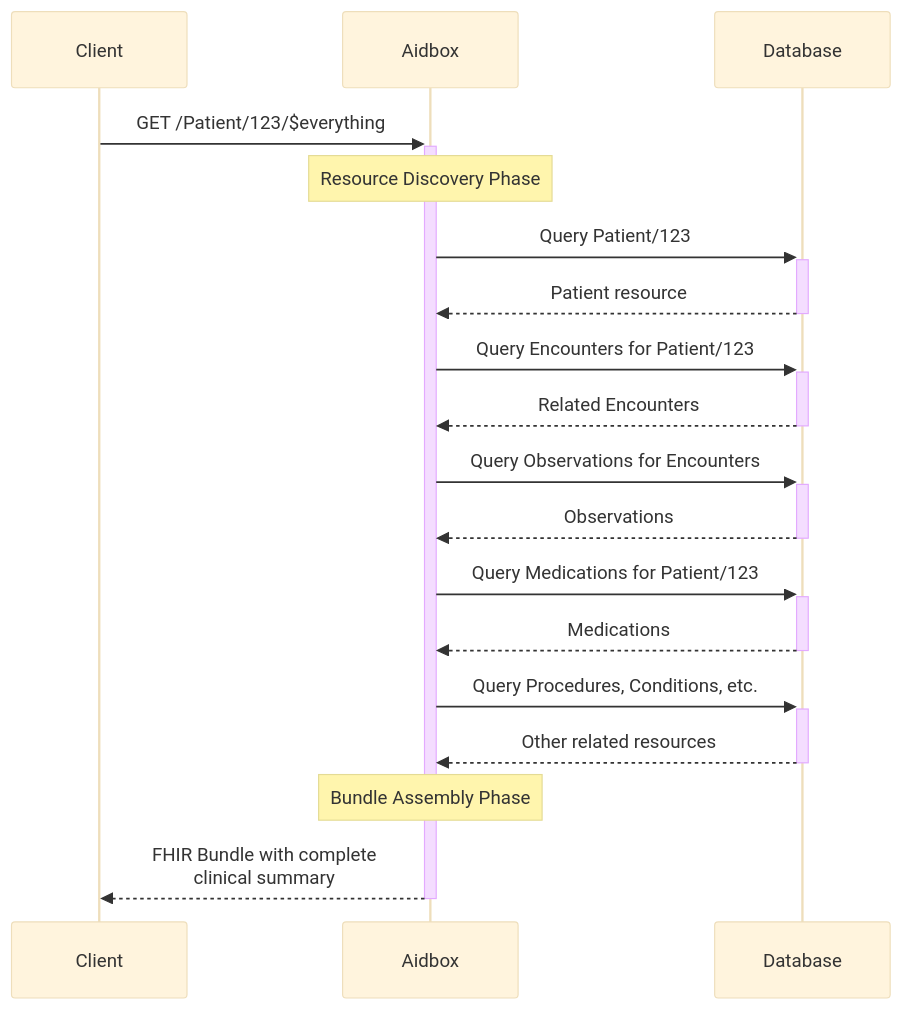
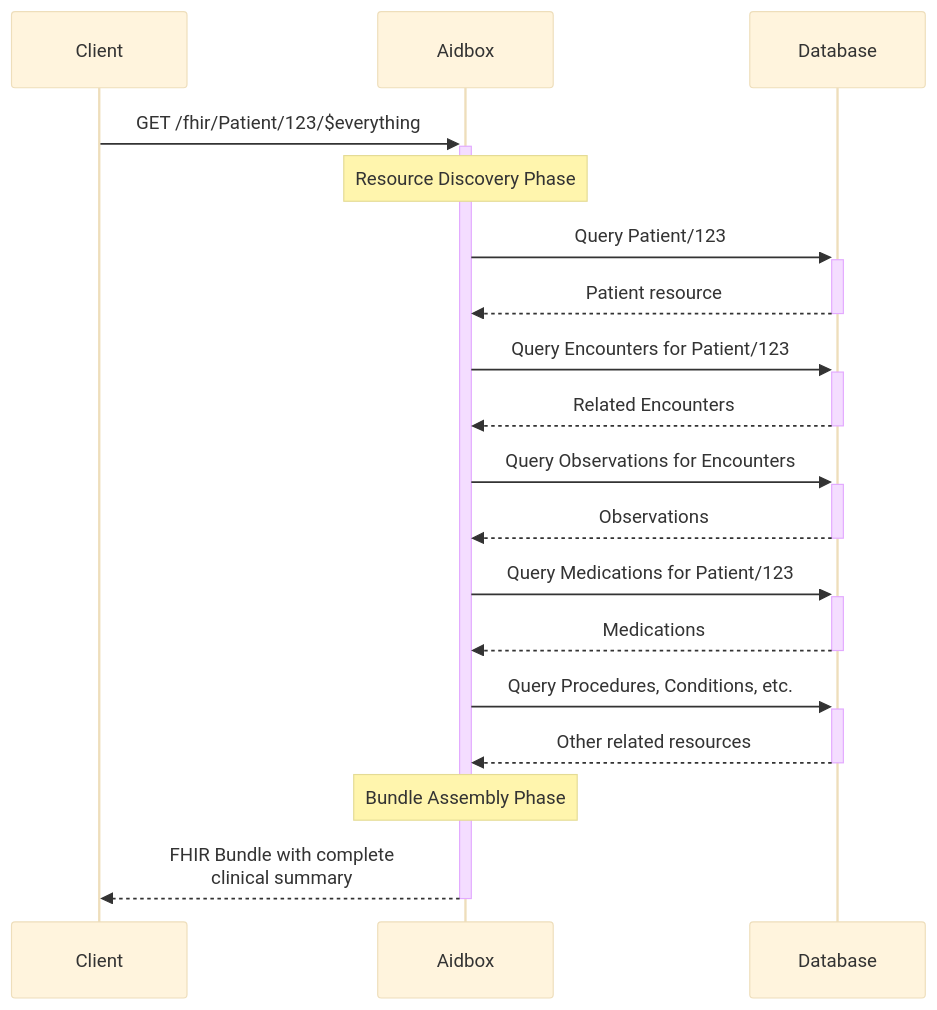
Before and after one commit to HealthSamurai/aidbox-docs: the fifth of 8 diagrams in docs/api/api-overview.md, drawn with Mermaid (base theme). The commit also changed other lines of this file and 104 other files, not shown here.

````diff
--- a/docs/api/api-overview.md
+++ b/docs/api/api-overview.md
@@ -369,28 +369,28 @@
 ```mermaid
 sequenceDiagram
     participant Client
     participant Aidbox
     participant Database
     
-    Client->>+Aidbox: GET /Patient/123/$everything
+    Client->>+Aidbox: GET /fhir/Patient/123/$everything
     
     Note over Aidbox: Resource Discovery Phase
     Aidbox->>+Database: Query Patient/123
     Database-->>-Aidbox: Patient resource
     
     Aidbox->>+Database: Query Encounters for Patient/123
     Database-->>-Aidbox: Related Encounters
     
     Aidbox->>+Database: Query Observations for Encounters
     Database-->>-Aidbox: Observations
     
     Aidbox->>+Database: Query Medications for Patient/123
     Database-->>-Aidbox: Medications
     
     Aidbox->>+Database: Query Procedures, Conditions, etc.
     Database-->>-Aidbox: Other related resources
     
     Note over Aidbox: Bundle Assembly Phase
     
     Aidbox-->>-Client: FHIR Bundle with complete<br/>clinical summary
 ```
````
